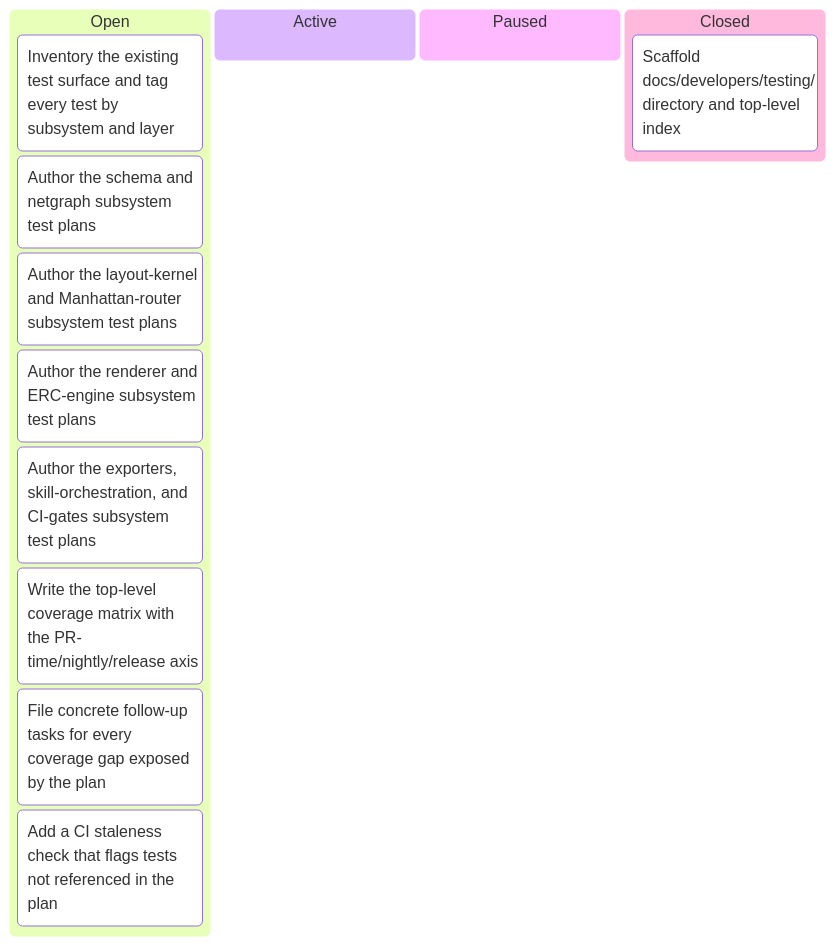
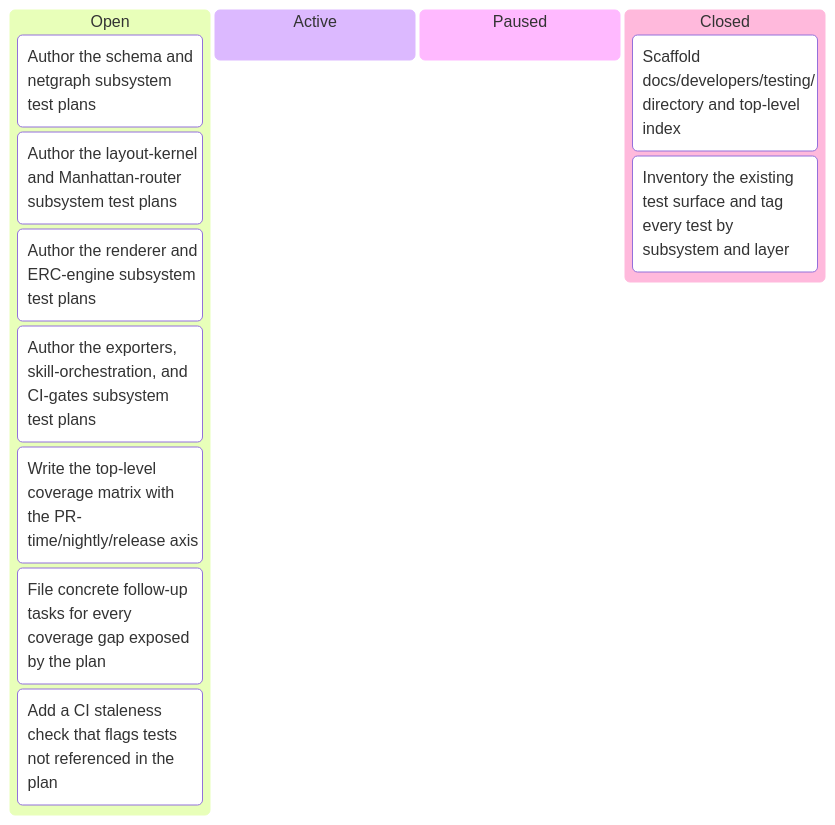
The third of 3 diagrams in docs/developers/tasks/KANBAN.md (tgd1975/CircuitSmith), drawn with Mermaid before and after one commit. The commit also changed other lines of this file and 5 other files, not shown here.

First line of the commit message:
close TASK-084: inventory the existing test surface

````diff
--- a/docs/developers/tasks/KANBAN.md
+++ b/docs/developers/tasks/KANBAN.md
@@ -53,16 +53,16 @@
 ```mermaid
 kanban
   Open
-    TASK_084["Inventory the existing test surface and tag every test by subsystem and layer"]
     TASK_085["Author the schema and netgraph subsystem test plans"]
     TASK_086["Author the layout-kernel and Manhattan-router subsystem test plans"]
     TASK_087["Author the renderer and ERC-engine subsystem test plans"]
     TASK_088["Author the exporters, skill-orchestration, and CI-gates subsystem test plans"]
     TASK_089["Write the top-level coverage matrix with the PR-time/nightly/release axis"]
     TASK_090["File concrete follow-up tasks for every coverage gap exposed by the plan"]
     TASK_091["Add a CI staleness check that flags tests not referenced in the plan"]
   Active
   Paused
   Closed
     TASK_083["Scaffold docs/developers/testing/ directory and top-level index"]
+    TASK_084["Inventory the existing test surface and tag every test by subsystem and layer"]
 ```
````
